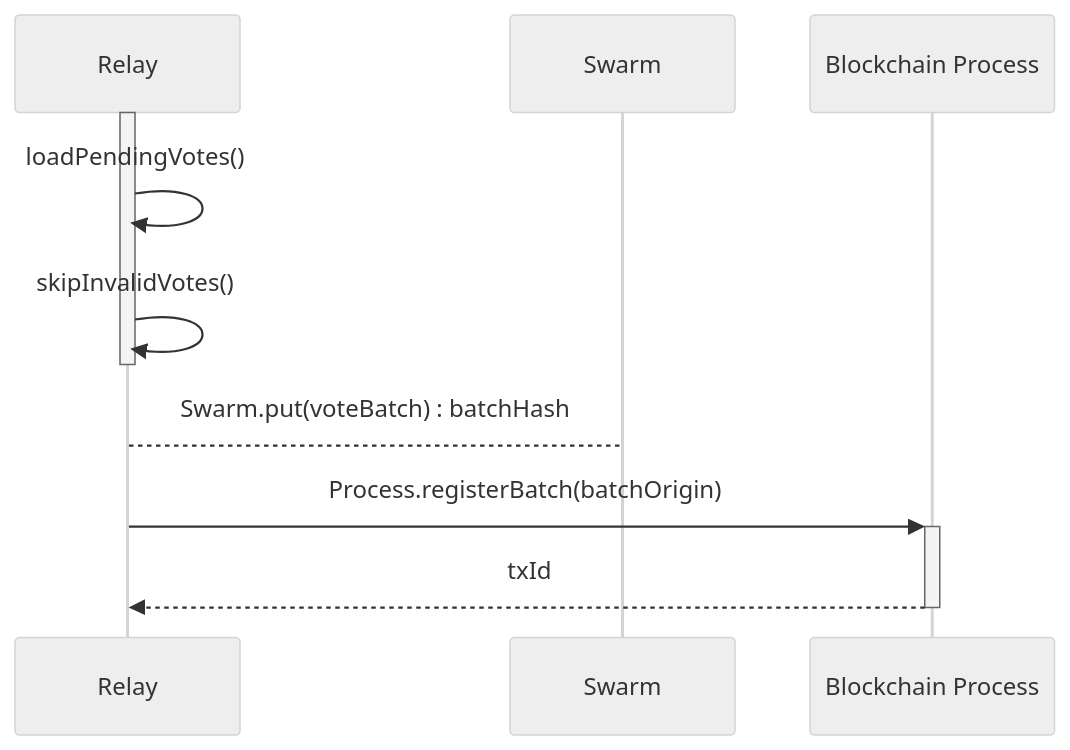
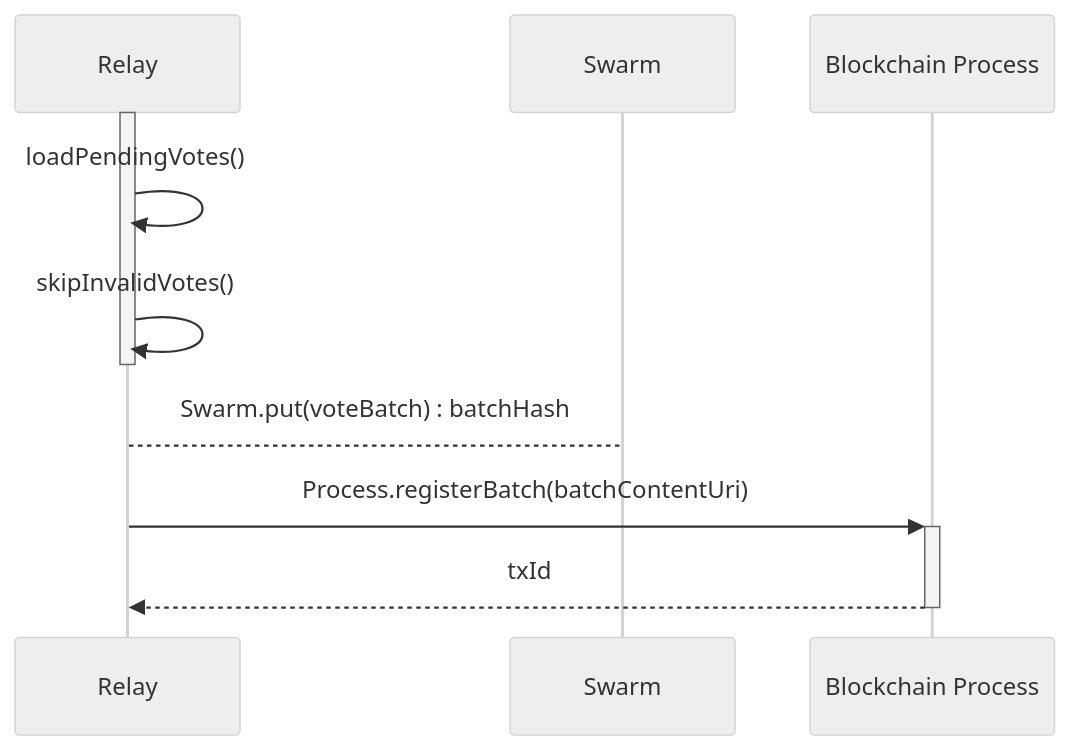
The tenth of 13 diagrams in docs/protocol/sequence-diagrams.md (vocdoni/docs), drawn with Mermaid (neutral theme) before and after one commit. The commit also changed other lines of this file and 2 other files, not shown here.

````diff
--- a/docs/protocol/sequence-diagrams.md
+++ b/docs/protocol/sequence-diagrams.md
@@ -461,16 +461,16 @@
 ```mermaid
 sequenceDiagram
     participant RL as Relay
     participant SW as Swarm
     participant BC as Blockchain Process
 
     activate RL
         RL->>RL: loadPendingVotes()
         RL->>RL: skipInvalidVotes()
     deactivate RL
 
     RL-->SW: Swarm.put(voteBatch) : batchHash
 
-    RL->>+BC: Process.registerBatch(batchOrigin)
+    RL->>+BC: Process.registerBatch(batchContentUri)
     BC-->>-RL: txId
 ```
````
